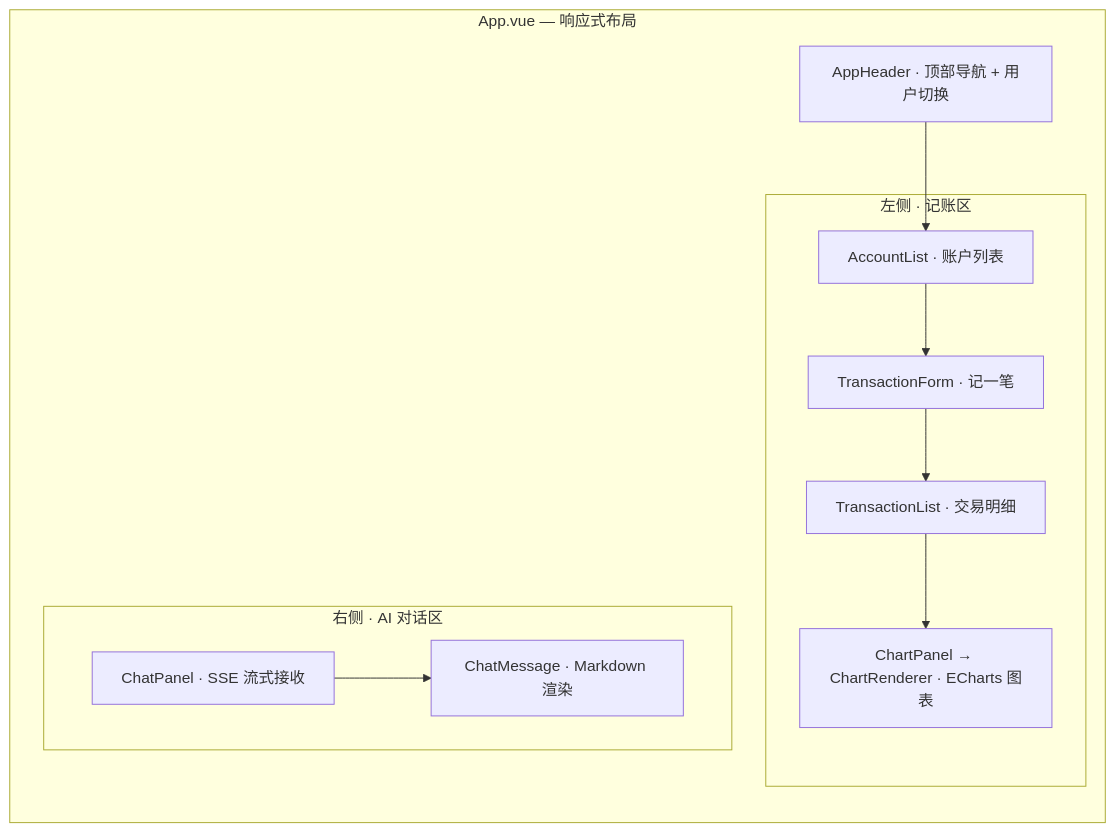
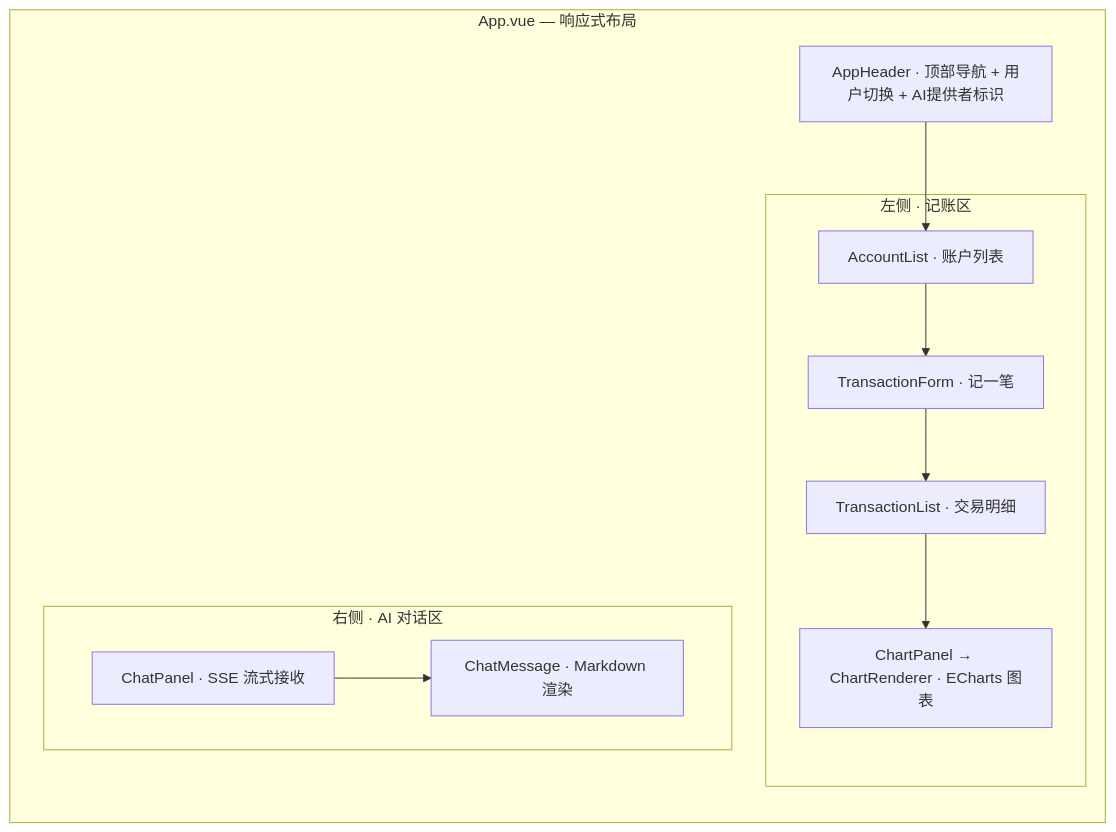
One commit to reallyhwc/test-learn-agent changed the fourth of 4 diagrams in README.md. Above: the diagram before and after it, drawn with Mermaid. The commit also changed other lines of this file and 2 other files, not shown here.

````diff
--- a/README.md
+++ b/README.md
@@ -201,25 +232,25 @@
 ```mermaid
 graph TB
     subgraph "App.vue — 响应式布局"
         direction TB
-        HEADER["AppHeader · 顶部导航 + 用户切换"]
-        
+        HEADER["AppHeader · 顶部导航 + 用户切换 + AI提供者标识"]
+
         subgraph "左侧 · 记账区"
             ACC["AccountList · 账户列表"]
             FORM["TransactionForm · 记一笔"]
             LIST["TransactionList · 交易明细"]
             CHART["ChartPanel → ChartRenderer · ECharts 图表"]
         end
-        
+
         subgraph "右侧 · AI 对话区"
             CHAT["ChatPanel · SSE 流式接收"]
             MSG["ChatMessage · Markdown 渲染"]
         end
     end
-    
+
     HEADER --> ACC
     ACC --> FORM
     FORM --> LIST
     LIST --> CHART
     CHAT --> MSG
 ```
````
